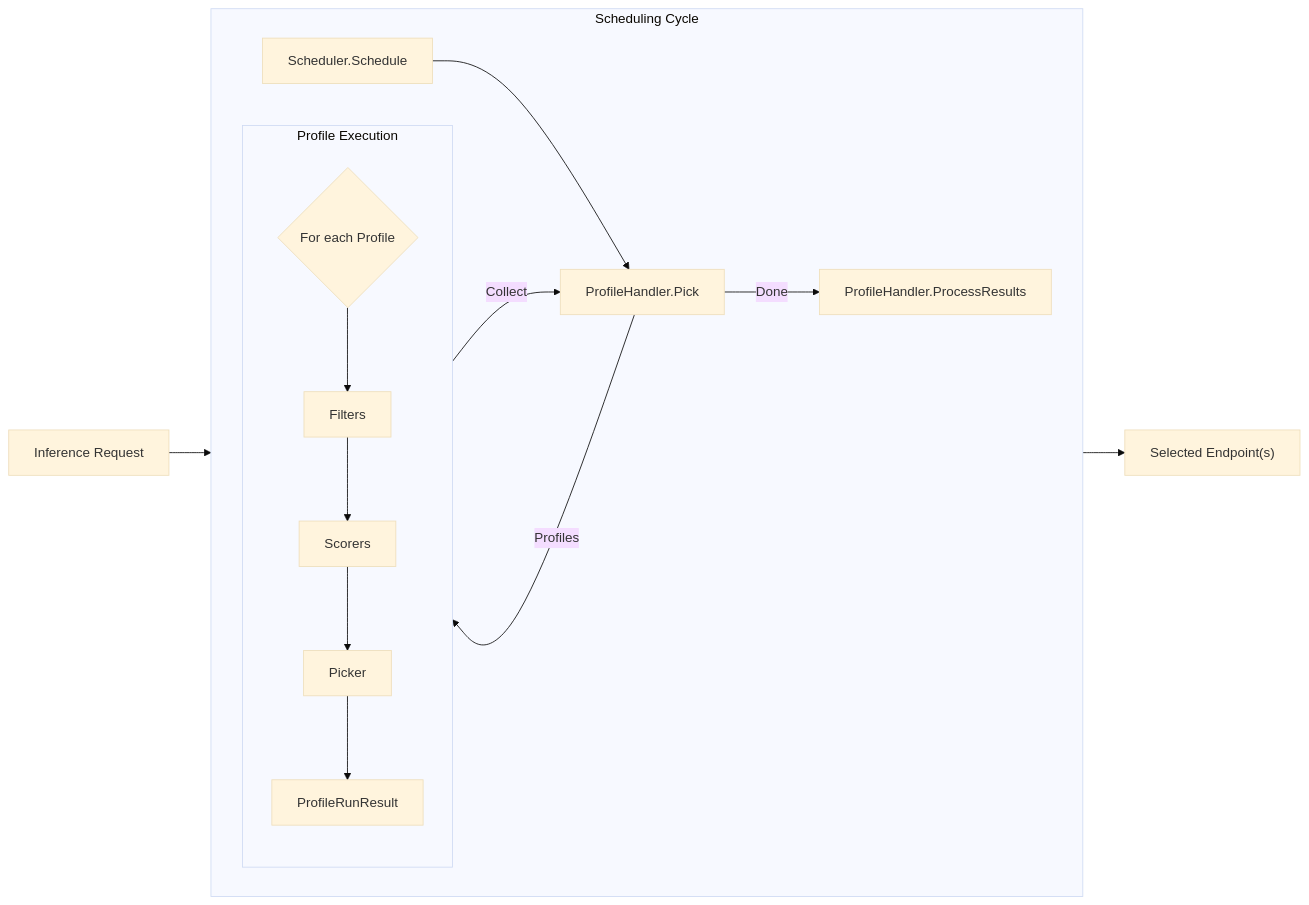
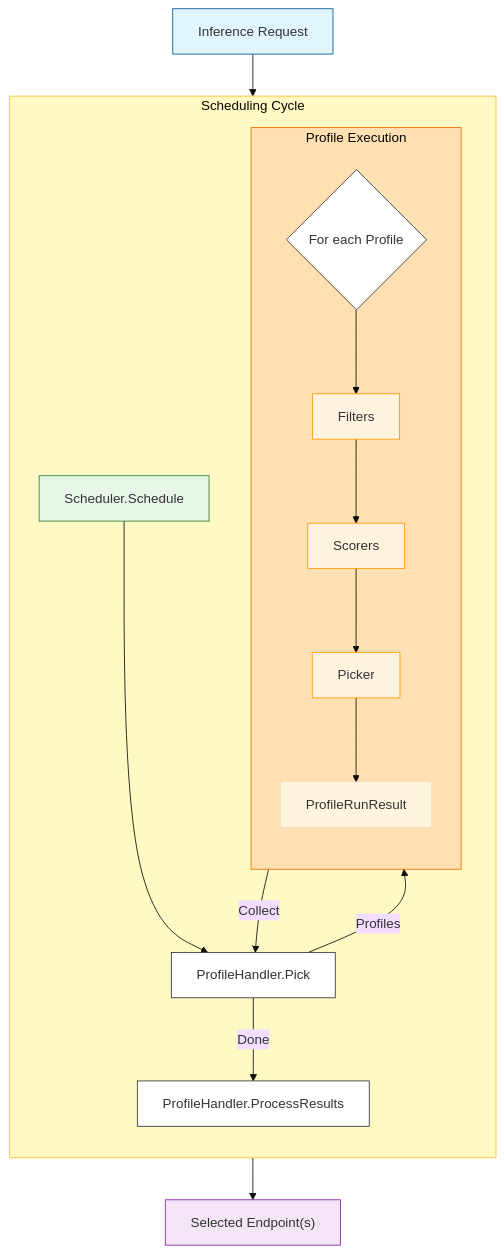
One commit to ahg-g/llm-d changed the first of 2 diagrams in docs/wip-docs-new/architecture/core/epp/scheduling.md. Above: the diagram before and after it, drawn with Mermaid (base theme).

Commit message:
update the diagram

````diff
--- a/docs/wip-docs-new/architecture/core/epp/scheduling.md
+++ b/docs/wip-docs-new/architecture/core/epp/scheduling.md
@@ -9,23 +9,36 @@
 ```mermaid
-flowchart LR
+flowchart TD
     Req[Inference Request] --> S[Scheduler.Schedule]
     
     subgraph Cycle [Scheduling Cycle]
-        direction LR
+        direction TD
         S --> Pick[ProfileHandler.Pick]
         Pick -->|Profiles| Loop{For each Profile}
         
         subgraph Exec [Profile Execution]
-            direction TB
+            direction TD
             Loop --> Filters[Filters]
             Filters --> Scorers[Scorers]
             Scorers --> Picker[Picker]
             Picker --> Result[ProfileRunResult]
         end
         
         Result -->|Collect| Pick
         Pick -->|Done| PRs[ProfileHandler.ProcessResults]
     end
     
     PRs --> Target["Selected Endpoint(s)"]
+
+    %% Styling
+    style Req fill:#e1f5fe,stroke:#01579b
+    style S fill:#e8f5e9,stroke:#2e7d32
+    style Cycle fill:#fff9c4,stroke:#fbc02d
+    style Exec fill:#ffe0b2,stroke:#ef6c00
+    style Filters fill:#fff3e0,stroke:#ff9800
+    style Scorers fill:#fff3e0,stroke:#ff9800
+    style Picker fill:#fff3e0,stroke:#ff9800
+    style Target fill:#f3e5f5,stroke:#7b1fa2
+    style Loop fill:#fff,stroke:#333
+    style Pick fill:#fff,stroke:#333
+    style PRs fill:#fff,stroke:#333
 ```
````
